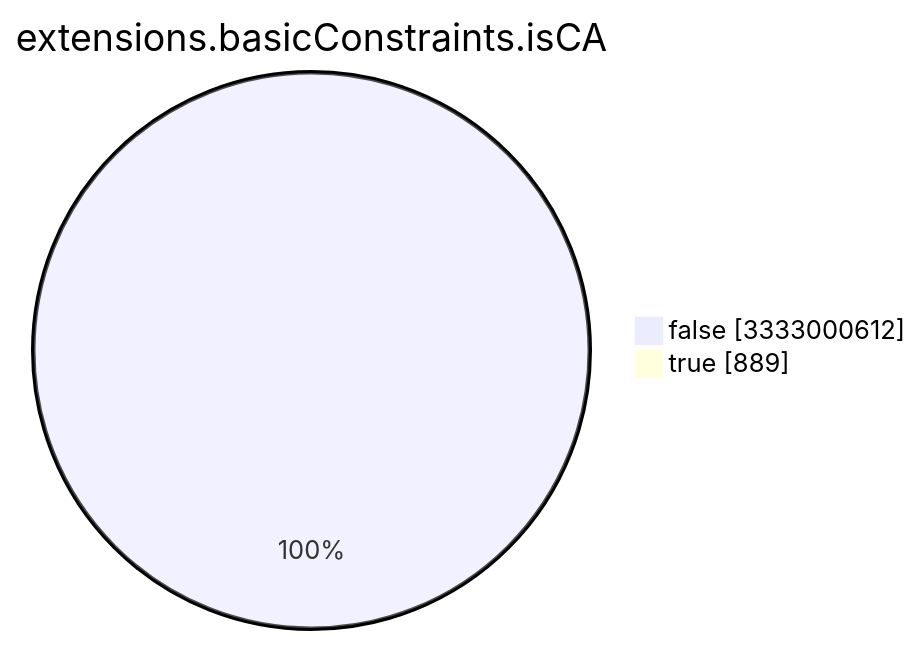
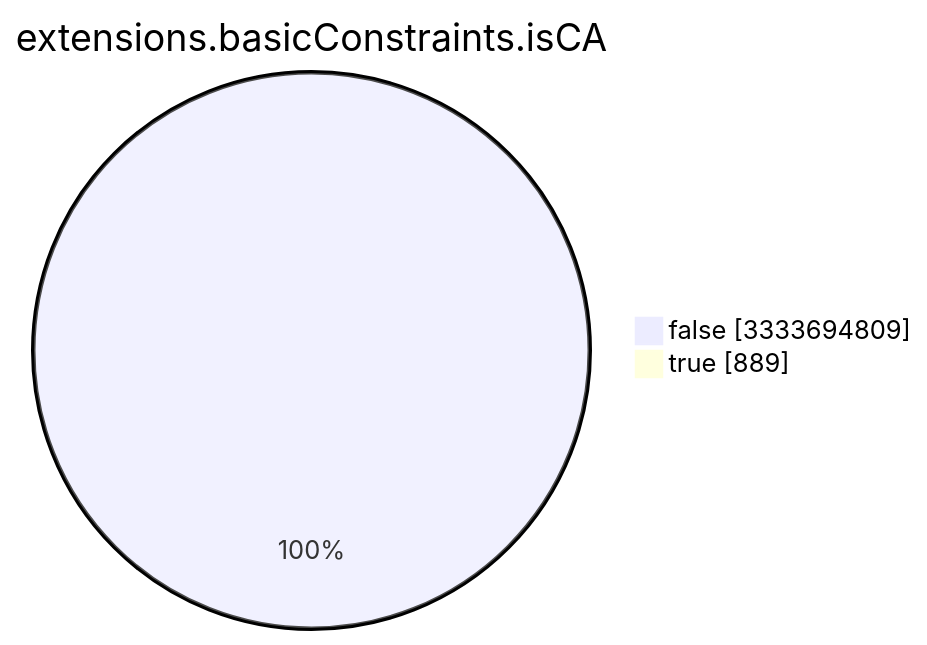
Before and after one commit to christiankrug/ctmonitor_visualization: the seventh of 15 diagrams in TOTAL/README.md, drawn with Mermaid. The commit also changed other lines of this file, not shown here.

````diff
--- a/TOTAL/README.md
+++ b/TOTAL/README.md
@@ -3089,6 +3089,6 @@
 ```mermaid
 pie showData
 title extensions.basicConstraints.isCA
-"false" :3333000612
+"false" :3333694809
 "true" :889
 ```
````
